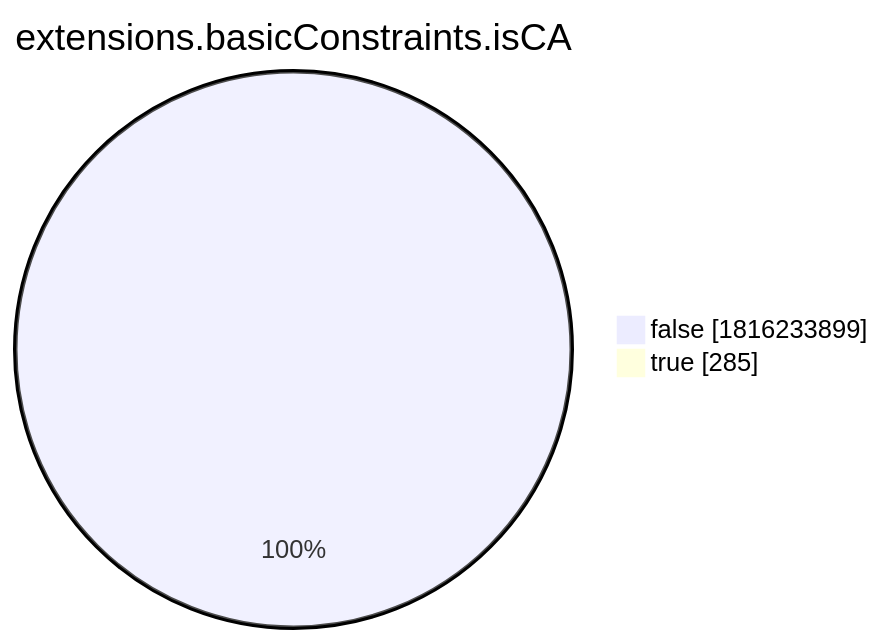
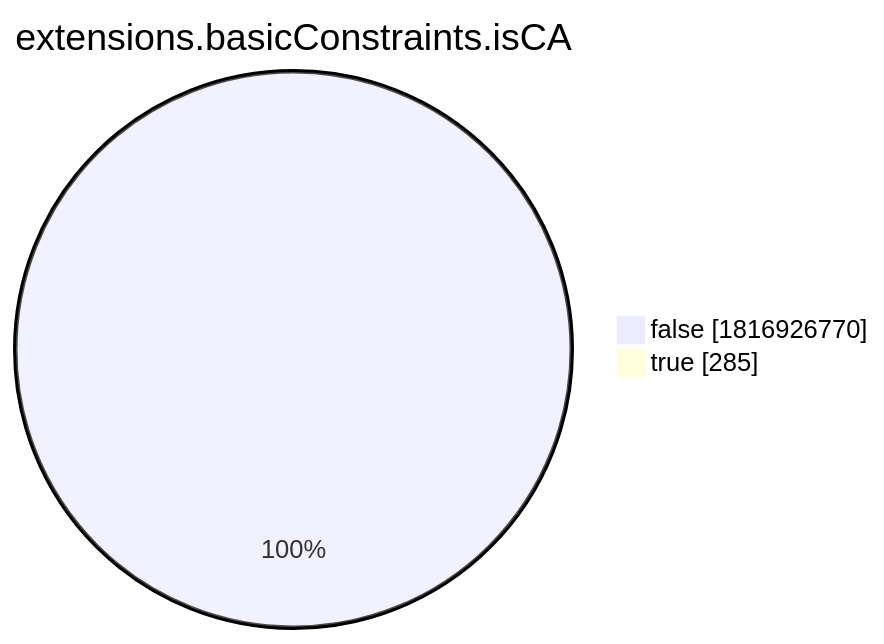
Before and after one commit to christiankrug/ctmonitor_visualization: the eighth of 15 diagrams in xenon2022/README.md, drawn with Mermaid. The commit also changed other lines of this file, not shown here.

````diff
--- a/xenon2022/README.md
+++ b/xenon2022/README.md
@@ -2868,6 +2868,6 @@
 ```mermaid
 pie showData
 title extensions.basicConstraints.isCA
-"false" :1816233899
+"false" :1816926770
 "true" :285
 ```
````
